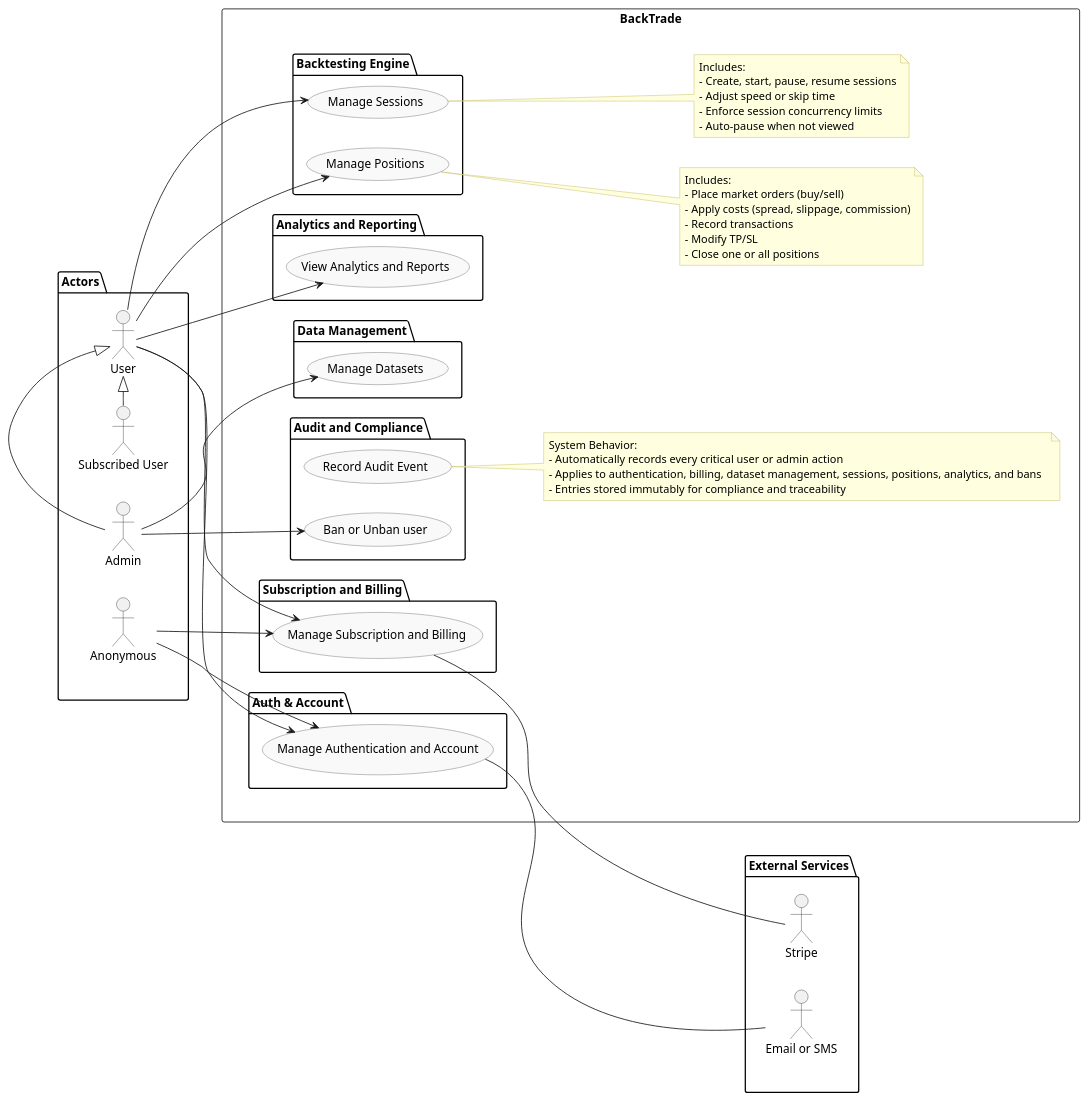
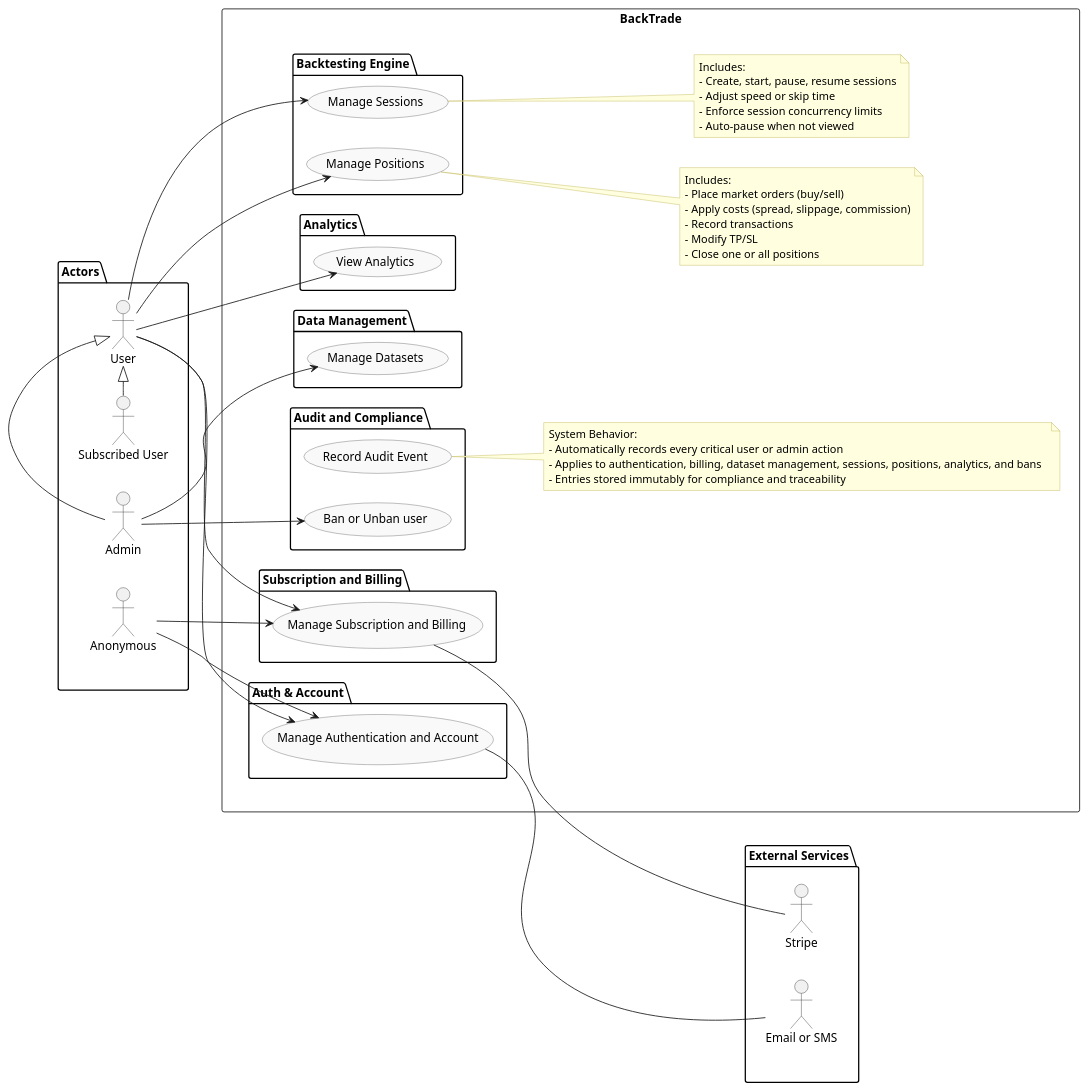
Before and after one commit to DamienReichhart/BackTrade: the diagram in documentation/uml/use-cases/use-cases.iuml, drawn with PlantUML. The commit also changed 24 other files, not shown here.

```diff
--- a/documentation/uml/use-cases/use-cases.iuml
+++ b/documentation/uml/use-cases/use-cases.iuml
@@ -1,102 +1,102 @@
 @startuml
 left to right direction
 skinparam usecaseBackgroundColor #f9f9f9
 skinparam usecaseBorderColor #666666
 skinparam actorBorderColor #333333
 skinparam noteBackgroundColor #ffffe0
 skinparam noteBorderColor #bfb24d
 
 ' === Actors ===
 package "Actors" as ACT {
   actor "Anonymous" as Anon
   actor "User" as User
   actor "Subscribed User" as Subscribed
   actor "Admin" as Admin
 
   Subscribed -|> User
   Admin -|> User
 }
 
 ' === System ===
 rectangle BackTrade {
   package "Auth & Account" as A {
     (Manage Authentication and Account) as UC_AUTH
   }
 
   package "Subscription and Billing" as B {
     (Manage Subscription and Billing) as UC_BILLING
   }
 
   package "Data Management" as C {
     (Manage Datasets) as UC_DATA
   }
 
   package "Backtesting Engine" as D {
     (Manage Sessions) as UC_SESSIONS
     (Manage Positions) as UC_POSITIONS
   }
 
-  package "Analytics and Reporting" as E {
-    (View Analytics and Reports) as UC_ANALYTICS
+  package "Analytics" as E {
+    (View Analytics) as UC_ANALYTICS
   }
 
   package "Audit and Compliance" as G {
     (Record Audit Event) as UC_AUDIT
     (Ban or Unban user) as UC_BAN
   }
 
   note right of UC_SESSIONS
   Includes:
   - Create, start, pause, resume sessions
   - Adjust speed or skip time
   - Enforce session concurrency limits
   - Auto-pause when not viewed
   end note
 
   note right of UC_POSITIONS
   Includes:
   - Place market orders (buy/sell)
   - Apply costs (spread, slippage, commission)
   - Record transactions
   - Modify TP/SL
   - Close one or all positions
   end note
 
   note right of UC_AUDIT
   System Behavior:
   - Automatically records every critical user or admin action  
   - Applies to authentication, billing, dataset management, sessions, positions, analytics, and bans  
   - Entries stored immutably for compliance and traceability
   end note
 }
 
 ' === External Services ===
 package "External Services" as EXT {
   actor "Stripe" as Stripe
   actor "Email or SMS" as Mail
 }
 
 ACT -[hidden]-> BackTrade
 BackTrade -[hidden]-> EXT
 
 ' === Actor links ===
 Anon --> UC_AUTH
 User --> UC_AUTH
 
 Anon --> UC_BILLING
 User --> UC_BILLING
 
 Admin --> UC_DATA
 
 User --> UC_SESSIONS
 User --> UC_POSITIONS
 
 User --> UC_ANALYTICS
 
 Admin --> UC_BAN
 
 ' === Integrations ===
 UC_BILLING -right- Stripe
 UC_AUTH -right- Mail
 
 @enduml
```
